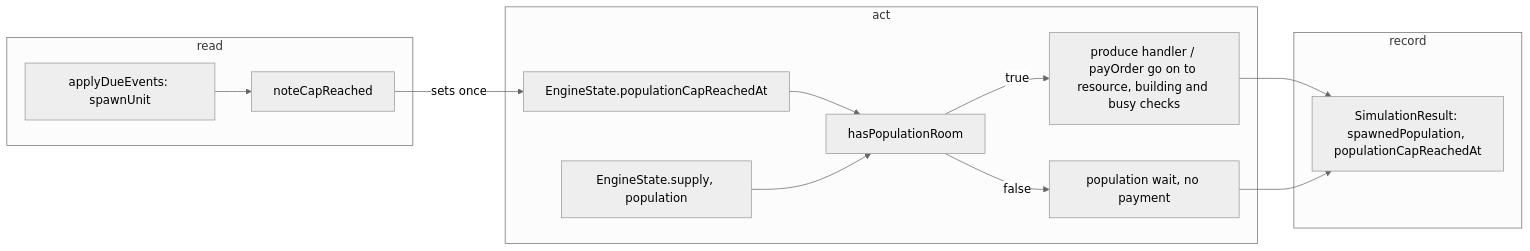
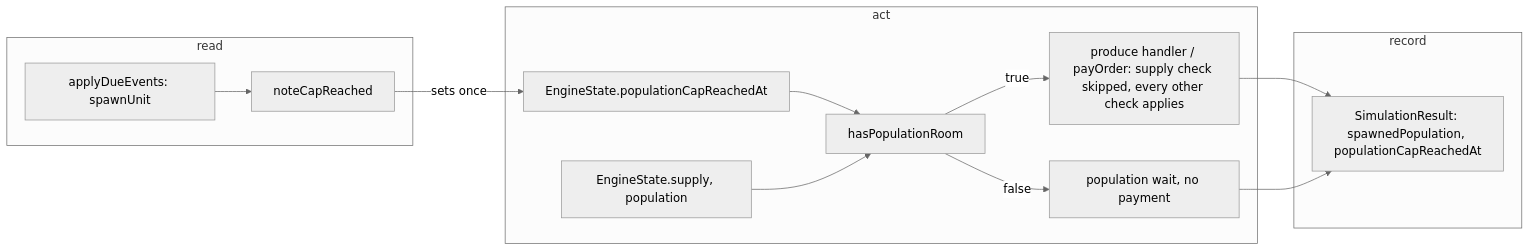
Before and after one commit to NicholasKChoi/WOTR_Combat_Simulator: the diagram in projects/strategy-game-sim/tickets/SGS-215-production-past-population-cap.md, drawn with Mermaid (neutral theme). The commit also changed other lines of this file and 27 other files, not shown here.

````diff
--- a/projects/strategy-game-sim/tickets/SGS-215-production-past-population-cap.md
+++ b/projects/strategy-game-sim/tickets/SGS-215-production-past-population-cap.md
@@ -55,17 +55,17 @@
 ```mermaid
 flowchart LR
   subgraph read
     spawn[applyDueEvents: spawnUnit] --> note[noteCapReached]
   end
   subgraph act
     note -->|sets once| cap[EngineState.populationCapReachedAt]
     cap --> room[hasPopulationRoom]
     sup[EngineState.supply, population] --> room
-    room -->|true| go[produce handler / payOrder go on to resource, building and busy checks]
+    room -->|true| go[produce handler / payOrder: supply check skipped, every other check applies]
     room -->|false| wait[population wait, no payment]
   end
   subgraph record
     go --> res[SimulationResult: spawnedPopulation, populationCapReachedAt]
     wait --> res
   end
 ```
````
